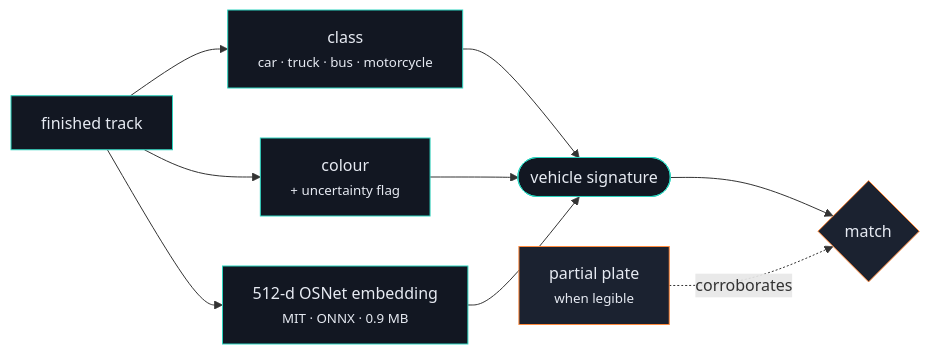
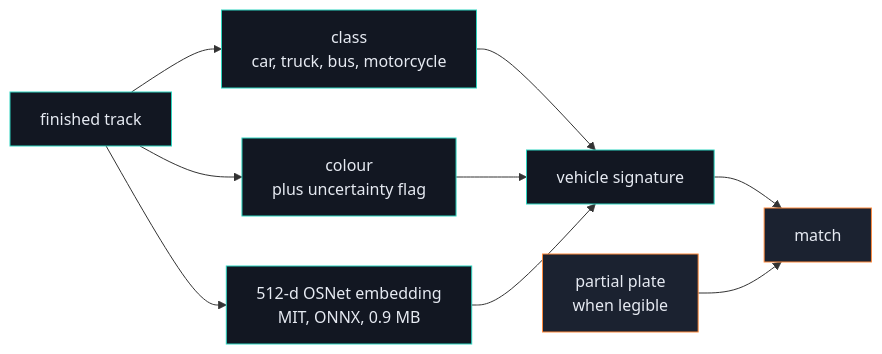
The third of 5 diagrams in README.md (Het161/DrishtiNet), drawn with Mermaid before and after one commit. The commit also changed other lines of this file, not shown here.

First line of the commit message:
Rewrite the diagrams to survive GitHub's renderer

````diff
--- a/README.md
+++ b/README.md
@@ -195,13 +204,15 @@
 ```mermaid
 flowchart LR
-    T["finished track"] --> CLS["class<br/><small>car · truck · bus · motorcycle</small>"]
-    T --> COL["colour<br/><small>+ uncertainty flag</small>"]
-    T --> EMB["512-d OSNet embedding<br/><small>MIT · ONNX · 0.9 MB</small>"]
-    CLS & COL & EMB --> SIG(["vehicle signature"])
-    SIG --> M{"match"}
-    PLATE["partial plate<br/><small>when legible</small>"] -.->|corroborates| M
+    T["finished track"] --> CLS["class<br/>car, truck, bus, motorcycle"]
+    T --> COL["colour<br/>plus uncertainty flag"]
+    T --> EMB["512-d OSNet embedding<br/>MIT, ONNX, 0.9 MB"]
+    CLS --> SIG["vehicle signature"]
+    COL --> SIG
+    EMB --> SIG
+    SIG --> M["match"]
+    PLATE["partial plate<br/>when legible"] --> M
     classDef a fill:#121722,stroke:#2DD4BF,color:#E6EAF2
     classDef b fill:#1B2230,stroke:#FF8A3D,color:#E6EAF2
     class T,CLS,COL,EMB,SIG a
     class PLATE,M b
 ```
````
